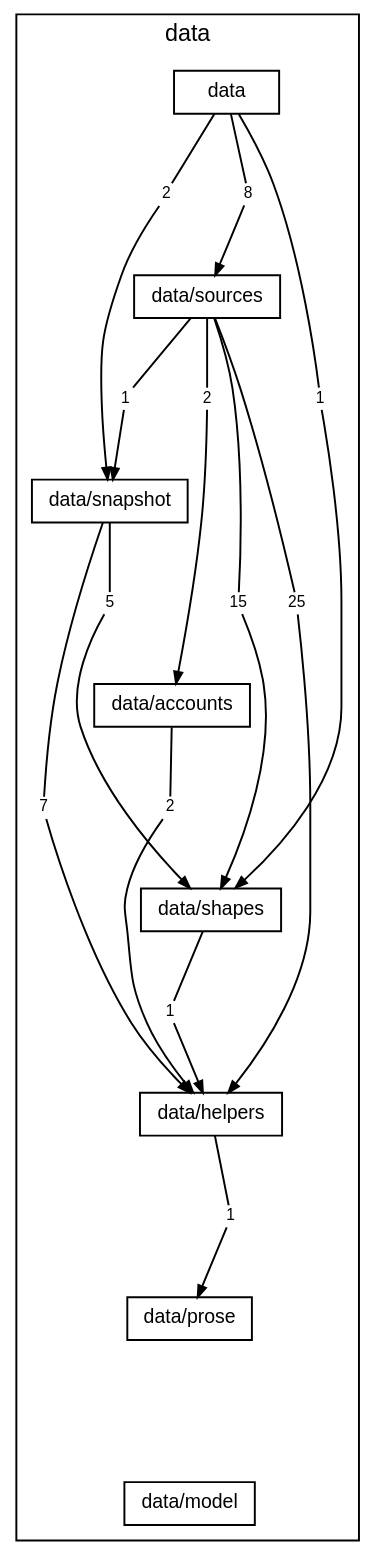
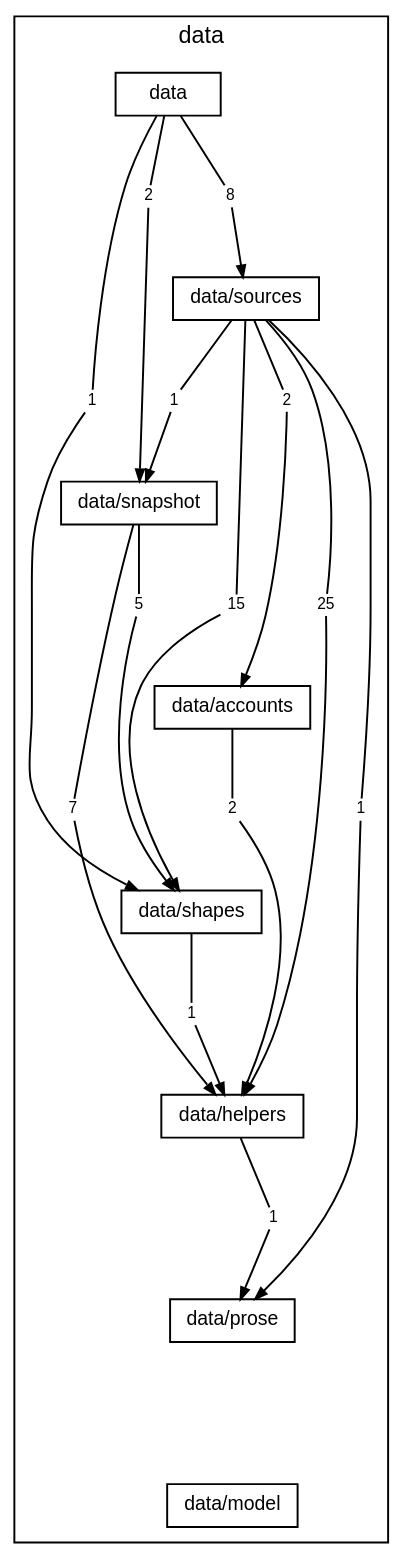
One commit to TheAxeC/oculus changed the diagram in docs/diagrams/layer-data.dot. Above: the diagram before and after it, drawn with Graphviz. The commit also changed 100 other files, not shown here.

```diff
--- a/docs/diagrams/layer-data.dot
+++ b/docs/diagrams/layer-data.dot
@@ -1,59 +1,62 @@
 digraph layer_data {
     graph [bgcolor="transparent", rankdir=TB, newrank=true, fontname="Helvetica,Arial,sans-serif", fontsize=12, nodesep=0.2, ranksep=0.5];
     node [shape=box, color="black", fontcolor="black", fontname="Helvetica,Arial,sans-serif", fontsize=10, height=0.3, margin="0.12,0.04"];
     edge [color="black", fontcolor="black", fontname="Helvetica,Arial,sans-serif", fontsize=8, arrowsize=0.6];
     subgraph "cluster_data" {
         label="data"; style=solid;
         "folder data" [label="data"];
         "folder data/sources" [label="data/sources"];
         "folder data/snapshot" [label="data/snapshot"];
         "folder data/accounts" [label="data/accounts"];
         "folder data/shapes" [label="data/shapes"];
         "folder data/helpers" [label="data/helpers"];
         "folder data/prose" [label="data/prose"];
         "folder data/model" [label="data/model"];
         "folder data to folder data/shapes" [label="1", shape=box, color="transparent", fontsize=8, width=0, height=0, margin="0.04,0.02"];
         "folder data to folder data/snapshot" [label="2", shape=box, color="transparent", fontsize=8, width=0, height=0, margin="0.04,0.02"];
         "folder data to folder data/sources" [label="8", shape=box, color="transparent", fontsize=8, width=0, height=0, margin="0.04,0.02"];
         "folder data/sources to folder data/accounts" [label="2", shape=box, color="transparent", fontsize=8, width=0, height=0, margin="0.04,0.02"];
         "folder data/sources to folder data/helpers" [label="25", shape=box, color="transparent", fontsize=8, width=0, height=0, margin="0.04,0.02"];
+        "folder data/sources to folder data/prose" [label="1", shape=box, color="transparent", fontsize=8, width=0, height=0, margin="0.04,0.02"];
         "folder data/sources to folder data/shapes" [label="15", shape=box, color="transparent", fontsize=8, width=0, height=0, margin="0.04,0.02"];
         "folder data/sources to folder data/snapshot" [label="1", shape=box, color="transparent", fontsize=8, width=0, height=0, margin="0.04,0.02"];
         "folder data/snapshot to folder data/helpers" [label="7", shape=box, color="transparent", fontsize=8, width=0, height=0, margin="0.04,0.02"];
         "folder data/snapshot to folder data/shapes" [label="5", shape=box, color="transparent", fontsize=8, width=0, height=0, margin="0.04,0.02"];
         "folder data/accounts to folder data/helpers" [label="2", shape=box, color="transparent", fontsize=8, width=0, height=0, margin="0.04,0.02"];
         "folder data/shapes to folder data/helpers" [label="1", shape=box, color="transparent", fontsize=8, width=0, height=0, margin="0.04,0.02"];
         "folder data/helpers to folder data/prose" [label="1", shape=box, color="transparent", fontsize=8, width=0, height=0, margin="0.04,0.02"];
     }
     "folder data" -> "folder data/sources" [style=invis, weight=10, minlen=2];
     "folder data/sources" -> "folder data/snapshot" [style=invis, weight=10, minlen=2];
     "folder data/snapshot" -> "folder data/accounts" [style=invis, weight=10, minlen=2];
     "folder data/accounts" -> "folder data/shapes" [style=invis, weight=10, minlen=2];
     "folder data/shapes" -> "folder data/helpers" [style=invis, weight=10, minlen=2];
     "folder data/helpers" -> "folder data/prose" [style=invis, weight=10, minlen=2];
     "folder data/prose" -> "folder data/model" [style=invis, weight=10, minlen=2];
     "folder data" -> "folder data to folder data/shapes" [arrowhead=none, minlen=3, weight=10];
     "folder data to folder data/shapes" -> "folder data/shapes" [];
     "folder data" -> "folder data to folder data/snapshot" [arrowhead=none, minlen=1, weight=10];
     "folder data to folder data/snapshot" -> "folder data/snapshot" [];
     "folder data" -> "folder data to folder data/sources" [arrowhead=none, minlen=1, weight=10];
     "folder data to folder data/sources" -> "folder data/sources" [];
     "folder data/sources" -> "folder data/sources to folder data/accounts" [arrowhead=none, minlen=1, weight=10];
     "folder data/sources to folder data/accounts" -> "folder data/accounts" [];
     "folder data/sources" -> "folder data/sources to folder data/helpers" [arrowhead=none, minlen=3, weight=10];
     "folder data/sources to folder data/helpers" -> "folder data/helpers" [];
+    "folder data/sources" -> "folder data/sources to folder data/prose" [arrowhead=none, minlen=5, weight=10];
+    "folder data/sources to folder data/prose" -> "folder data/prose" [];
     "folder data/sources" -> "folder data/sources to folder data/shapes" [arrowhead=none, minlen=3, weight=10];
     "folder data/sources to folder data/shapes" -> "folder data/shapes" [];
     "folder data/sources" -> "folder data/sources to folder data/snapshot" [arrowhead=none, minlen=1, weight=10];
     "folder data/sources to folder data/snapshot" -> "folder data/snapshot" [];
     "folder data/snapshot" -> "folder data/snapshot to folder data/helpers" [arrowhead=none, minlen=3, weight=10];
     "folder data/snapshot to folder data/helpers" -> "folder data/helpers" [];
     "folder data/snapshot" -> "folder data/snapshot to folder data/shapes" [arrowhead=none, minlen=1, weight=10];
     "folder data/snapshot to folder data/shapes" -> "folder data/shapes" [];
     "folder data/accounts" -> "folder data/accounts to folder data/helpers" [arrowhead=none, minlen=1, weight=10];
     "folder data/accounts to folder data/helpers" -> "folder data/helpers" [];
     "folder data/shapes" -> "folder data/shapes to folder data/helpers" [arrowhead=none, minlen=1, weight=10];
     "folder data/shapes to folder data/helpers" -> "folder data/helpers" [];
     "folder data/helpers" -> "folder data/helpers to folder data/prose" [arrowhead=none, minlen=1, weight=10];
     "folder data/helpers to folder data/prose" -> "folder data/prose" [];
 }
```
